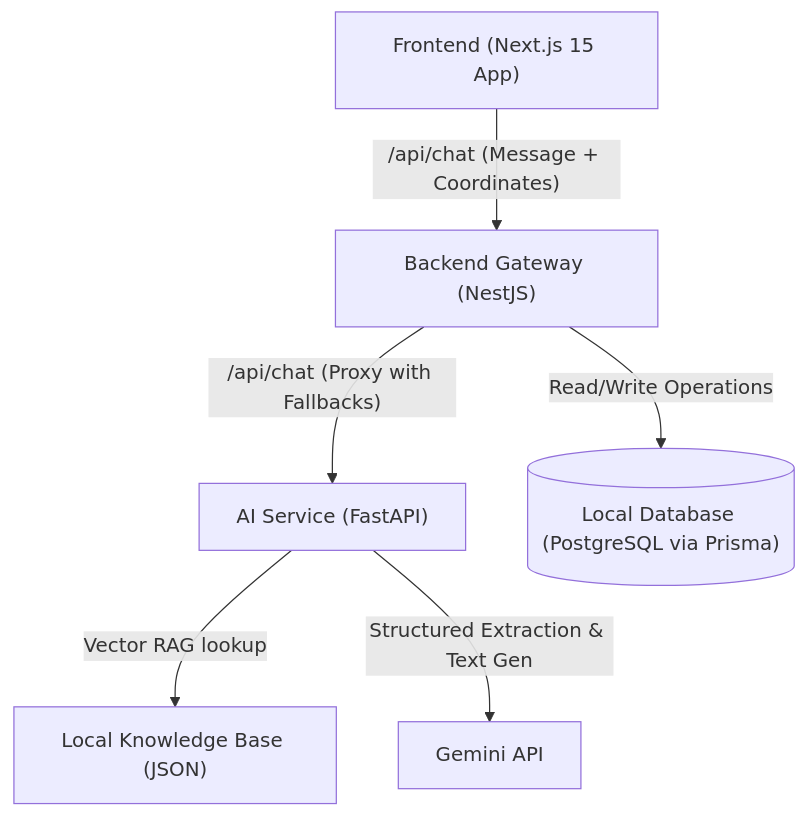
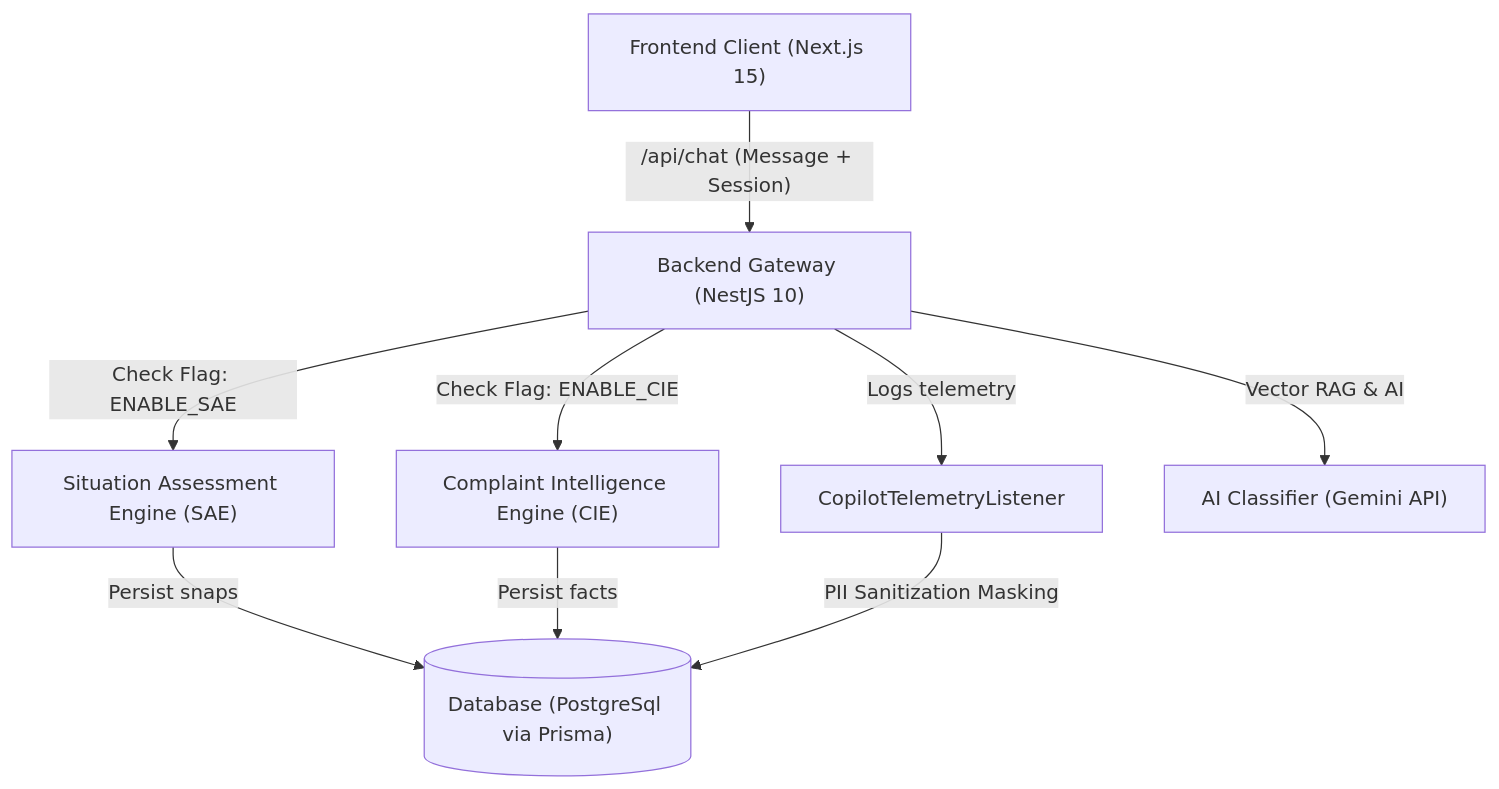
The diagram in README.md (eowanurag/Rakku-chatbot-v2), drawn with Mermaid before and after one commit. The commit also changed other lines of this file and 46 other files, not shown here.

Commit message:
feat: implement Situation Assessment and Complaint Intelligence engines with robust telemetry, privacy masking, and comprehensive end-to-end testing support.

````diff
--- a/README.md
+++ b/README.md
@@ -27,8 +26,11 @@
 ```mermaid
 graph TD
-    A["Frontend (Next.js 15 App)"] -->|"/api/chat (Message + Coordinates)"| B["Backend Gateway (NestJS)"]
-    B -->|"/api/chat (Proxy with Fallbacks)"| C["AI Service (FastAPI)"]
-    B -->|Read/Write Operations| D[("Local Database (PostgreSQL via Prisma)")]
-    C -->|"Vector RAG lookup"| E["Local Knowledge Base (JSON)"]
-    C -->|"Structured Extraction & Text Gen"| F["Gemini API"]
+    A["Frontend Client (Next.js 15)"] -->|"/api/chat (Message + Session)"| B["Backend Gateway (NestJS 10)"]
+    B -->|Check Flag: ENABLE_SAE| C["Situation Assessment Engine (SAE)"]
+    B -->|Check Flag: ENABLE_CIE| D["Complaint Intelligence Engine (CIE)"]
+    C -->|Persist snaps| E[("Database (PostgreSql via Prisma)")]
+    D -->|Persist facts| E
+    B -->|Logs telemetry| F["CopilotTelemetryListener"]
+    F -->|PII Sanitization Masking| E
+    B -->|Vector RAG & AI| G["AI Classifier (Gemini API)"]
 ```
````
